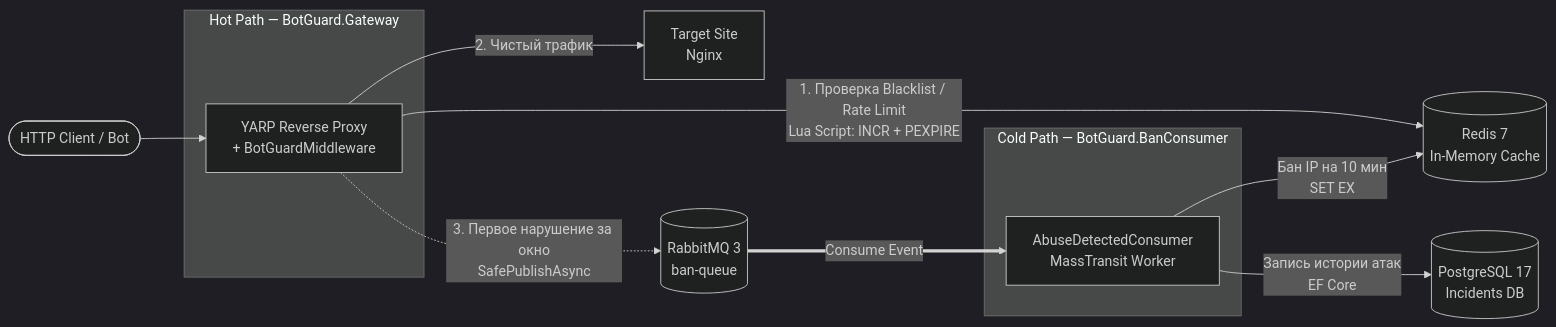
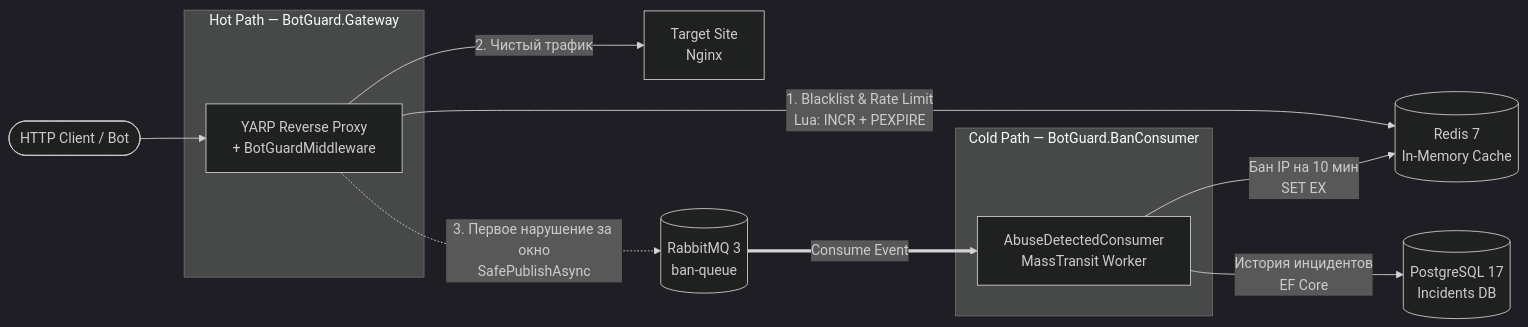
One commit to Bikmacs/BotGuard changed the diagram in README.md. Above: the diagram before and after it, drawn with Mermaid (dark theme). The commit also changed other lines of this file, not shown here.

````diff
--- a/README.md
+++ b/README.md
@@ -26,20 +25,20 @@
 ```mermaid
 flowchart LR
     Client([HTTP Client / Bot]) --> Gateway
 
     subgraph HotPath [Hot Path — BotGuard.Gateway]
         Gateway[YARP Reverse Proxy<br/>+ BotGuardMiddleware]
     end
 
-    Gateway -->|1. Проверка Blacklist / Rate Limit<br/>Lua Script: INCR + PEXPIRE| Redis[(Redis 7<br/>In-Memory Cache)]
+    Gateway -->|1. Blacklist & Rate Limit<br/>Lua: INCR + PEXPIRE| Redis[(Redis 7<br/>In-Memory Cache)]
     Gateway -->|2. Чистый трафик| Target[Target Site<br/>Nginx]
     Gateway -.->|3. Первое нарушение за окно<br/>SafePublishAsync| Rabbit[(RabbitMQ 3<br/>ban-queue)]
 
     subgraph ColdPath [Cold Path — BotGuard.BanConsumer]
         Worker[AbuseDetectedConsumer<br/>MassTransit Worker]
     end
 
     Rabbit ==>|Consume Event| Worker
     Worker -->|Бан IP на 10 мин<br/>SET EX| Redis
-    Worker -->|Запись истории атак<br/>EF Core| Postgres[(PostgreSQL 17<br/>Incidents DB)]
+    Worker -->|История инцидентов<br/>EF Core| Postgres[(PostgreSQL 17<br/>Incidents DB)]
 ```
````
